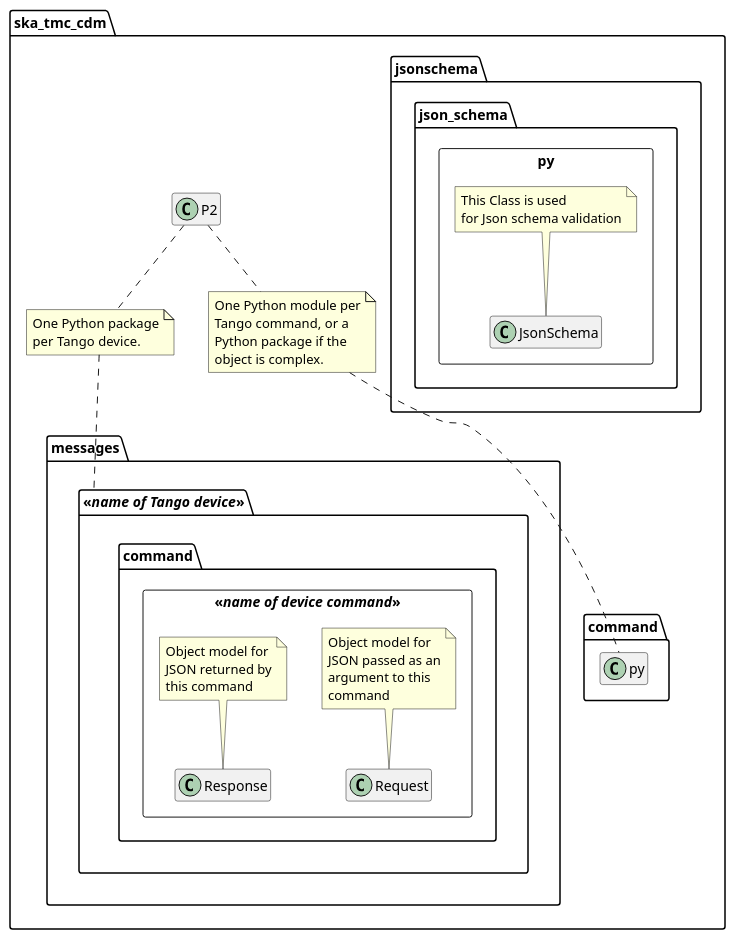
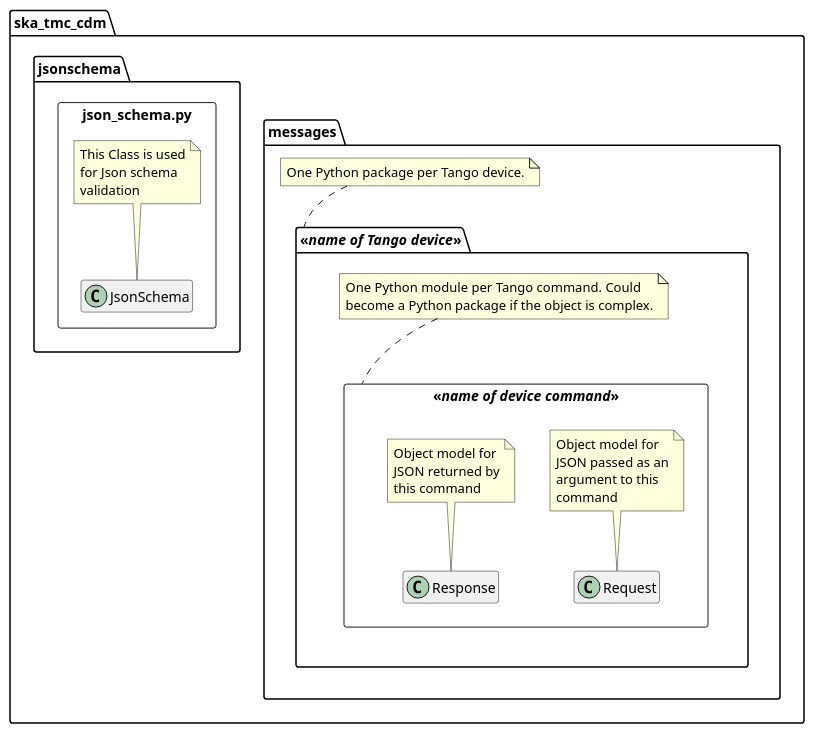
Before and after one commit to ska-telescope/cdm-shared-library: the diagram in docs/src/developer/layout.puml, drawn with PlantUML. The commit also changed 17 other files, not shown here.

```diff
--- a/docs/src/developer/layout.puml
+++ b/docs/src/developer/layout.puml
@@ -1,57 +1,51 @@
 @startuml
 hide empty members
 
 
 package ska_tmc_cdm {
-	package messages {
-		package "<<//name of Tango device//>>" as device {
-			package "<<//name of device command//>>" as command.py <<Rectangle>> {
-				class Request
-				note top of Request
-					Object model for
-					JSON passed as an
-					argument to this
-					command
-				end note
+  package messages {
+    note as N1
+      One Python package per Tango device.
+    end note
+    N1 .. "<<//name of Tango device//>>"
 
-				class Response
-				note top of Response
-					Object model for
-					JSON returned by
-					this command
-				end note
-			}
-		}
-	}
+    package "<<//name of Tango device//>>" {
+      package "<<//name of device command//>>" as command_py <<Rectangle>> {
+        class Request
+        note top of Request
+          Object model for
+          JSON passed as an
+          argument to this
+          command
+        end note
+
+        class Response
+        note top of Response
+          Object model for
+          JSON returned by
+          this command
+        end note
+      }
+
+      note as N2
+        One Python module per Tango command. Could
+        become a Python package if the object is complex.
+      end note
+      N2 .. command_py
+
+    }
+  }
+
   package jsonschema {
-        package json_schema.py <<Rectangle>> {
-            class JsonSchema {
-
-                }
-            note top of JsonSchema
-               This Class is used
-               for Json schema validation
-            end note
-        }
+    package json_schema.py as json_schema_py <<Rectangle>> {
+      class JsonSchema {}
+      note top of JsonSchema
+         This Class is used
+         for Json schema
+         validation
+      end note
     }
-	note as N1
-		One Python package
-		per Tango device.
-	end note
-	P2 .. N1
-	N1 .. device
-
-	note as N2
-		One Python module per
-		Tango command, or a
-		Python package if the
-		object is complex.
-	end note
-	P2 .. N2
-	N2 .. command.py
-
-
-
+  }
 }
 
 @enduml
```
